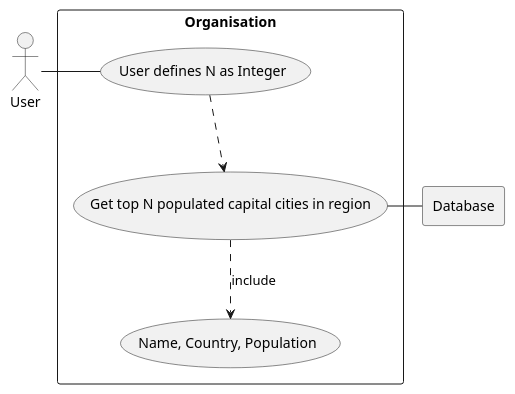
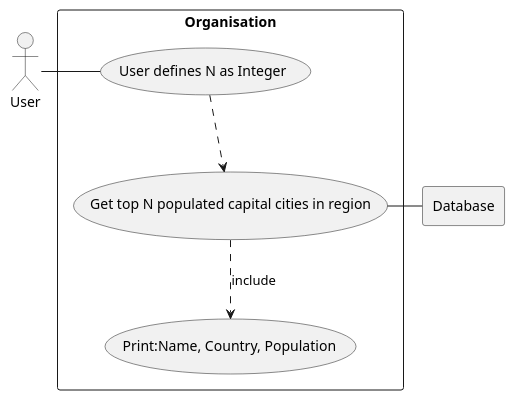
One commit to scan-lan/Group-Project changed the diagram in use-cases/use-case-6.3.puml. Above: the diagram before and after it, drawn with PlantUML. The commit also changed 2 other files, not shown here.

Commit message:
Altered print text in Use Cases 6.1-6.3

```diff
--- a/use-cases/use-case-6.3.puml
+++ b/use-cases/use-case-6.3.puml
@@ -1,20 +1,20 @@
 @startuml
 
 
 
 rectangle Database
 
 rectangle "Organisation" {
     usecase UC1 as "User defines N as Integer"
 
     usecase UC2 as "Get top N populated capital cities in region"
 
-    usecase UCa as "Name, Country, Population"
+    usecase UCa as "Print:Name, Country, Population"
 }
     User - UC1
     UC1 ..> UC2
     UC2 ..> UCa : include
     UC2 - Database
 
 
 @enduml
```
